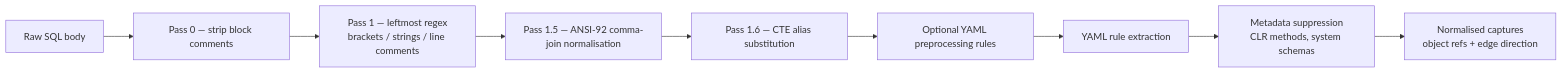
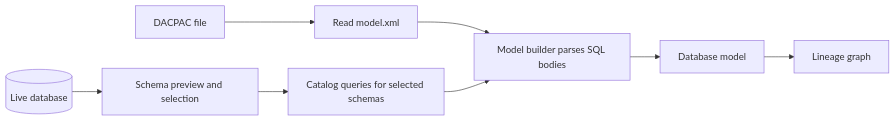
The diagram in docs/DEVELOPER_GUIDE.md (ChrisDevRepo/vscode_data_lineage), drawn with Mermaid before and after one commit. The commit also changed other lines of this file and 488 other files, not shown here.

````diff
--- a/docs/DEVELOPER_GUIDE.md
+++ b/docs/DEVELOPER_GUIDE.md
@@ -164,11 +28,10 @@
 ```mermaid
 flowchart LR
-    IN[Raw SQL body] --> C1[Pass 0 — strip block comments]
-    C1 --> C2[Pass 1 — leftmost regex<br/>brackets / strings / line comments]
-    C2 --> C3[Pass 1.5 — ANSI-92 comma-join normalisation]
-    C3 --> C4[Pass 1.6 — CTE alias substitution]
-    C4 --> PRE[Optional YAML preprocessing rules]
-    PRE --> RE[YAML rule extraction]
-    RE --> SUP[Metadata suppression<br/>CLR methods, system schemas]
-    SUP --> CAP[Normalised captures<br/>object refs + edge direction]
+    DAC[DACPAC file] --> XML[Read model.xml]
+    DB[(Live database)] --> PRE[Schema preview and selection]
+    PRE --> CAT[Catalog queries for selected schemas]
+    XML --> MB[Model builder parses SQL bodies]
+    CAT --> MB
+    MB --> MODEL[Database model]
+    MODEL --> GRAPH[Lineage graph]
 ```
````
